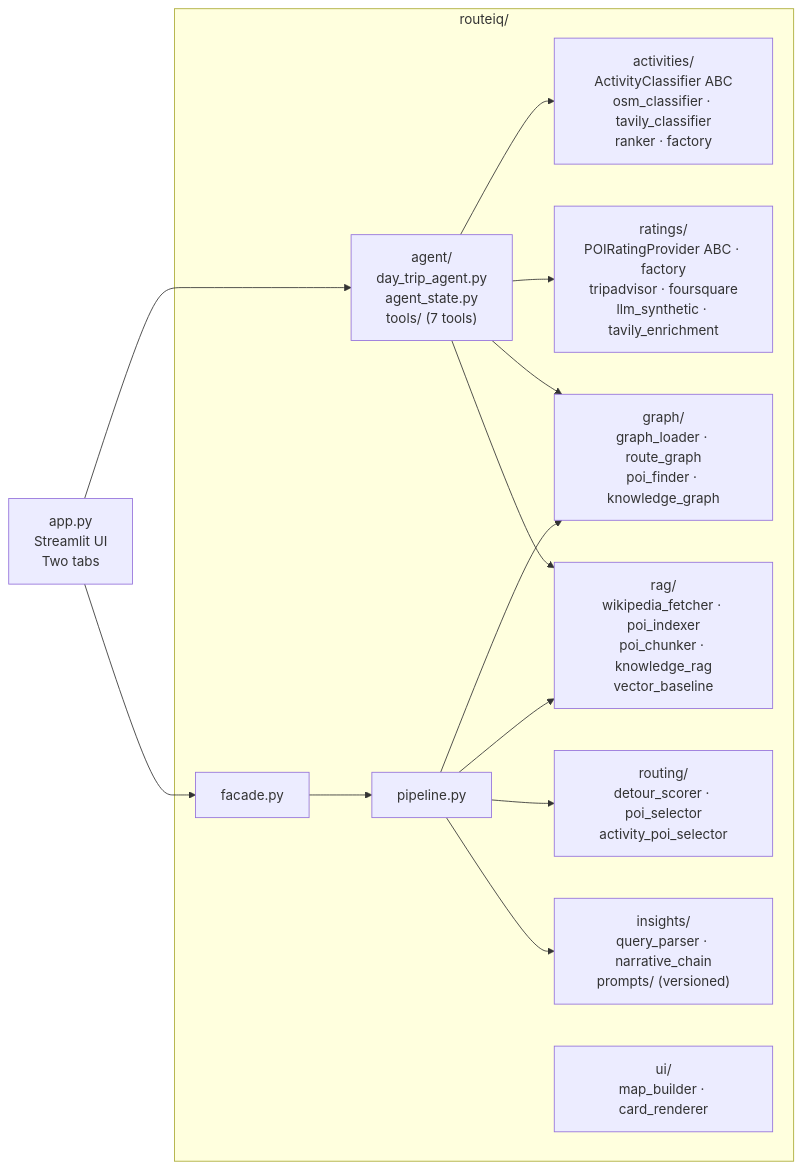
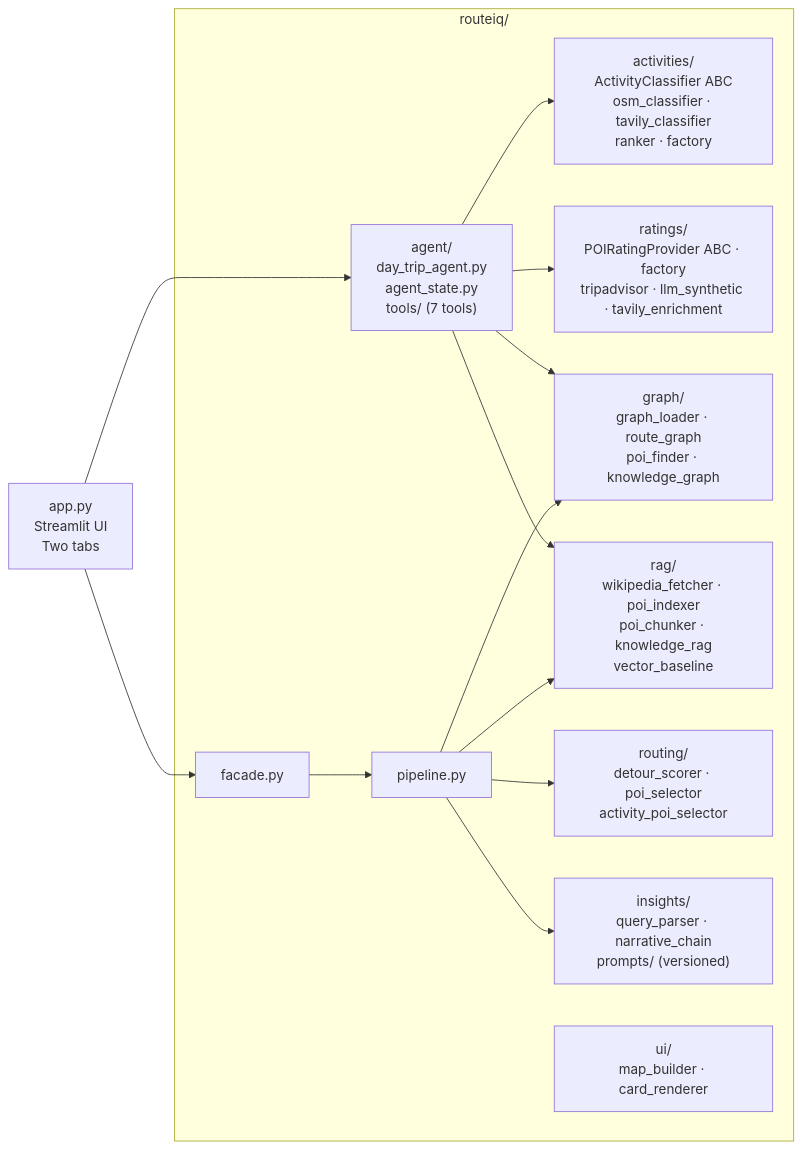
Before and after one commit to gayyaswa/routeiq: the second of 2 diagrams in README.md, drawn with Mermaid. The commit also changed other lines of this file, not shown here.

First line of the commit message:
docs: surface architecture/data-flow links near top of README

````diff
--- a/README.md
+++ b/README.md
@@ -98,26 +108,26 @@
 ```mermaid
 graph LR
     subgraph routeiq["routeiq/"]
         AG["agent/\nday_trip_agent.py\nagent_state.py\ntools/ (7 tools)"]
         AC["activities/\nActivityClassifier ABC\nosm_classifier · tavily_classifier\nranker · factory"]
-        RT["ratings/\nPOIRatingProvider ABC · factory\ntripadvisor · foursquare\nllm_synthetic · tavily_enrichment"]
+        RT["ratings/\nPOIRatingProvider ABC · factory\ntripadvisor · llm_synthetic · tavily_enrichment"]
         GR["graph/\ngraph_loader · route_graph\npoi_finder · knowledge_graph"]
         RA["rag/\nwikipedia_fetcher · poi_indexer\npoi_chunker · knowledge_rag\nvector_baseline"]
         RO["routing/\ndetour_scorer · poi_selector\nactivity_poi_selector"]
         IN["insights/\nquery_parser · narrative_chain\nprompts/ (versioned)"]
         UI["ui/\nmap_builder · card_renderer"]
         F["facade.py"]
         PL["pipeline.py"]
     end
     APP["app.py\nStreamlit UI\nTwo tabs"] --> AG
     APP --> F
     F --> PL
     PL --> GR
     PL --> RA
     PL --> RO
     PL --> IN
     AG --> AC
     AG --> RT
     AG --> RA
     AG --> GR
 ```
````
